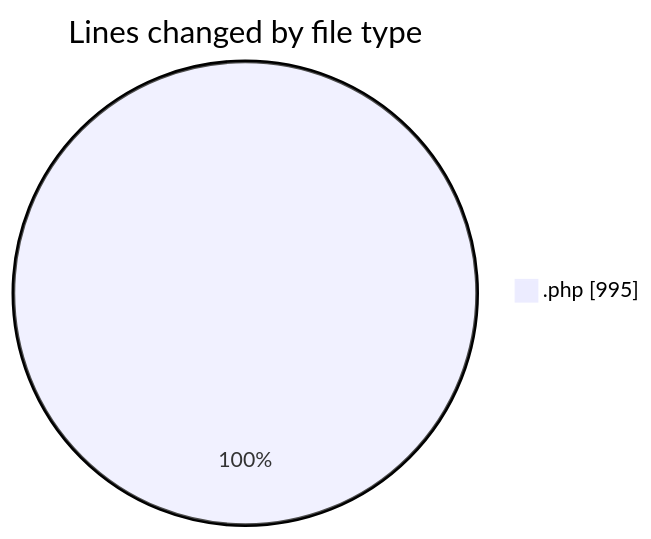
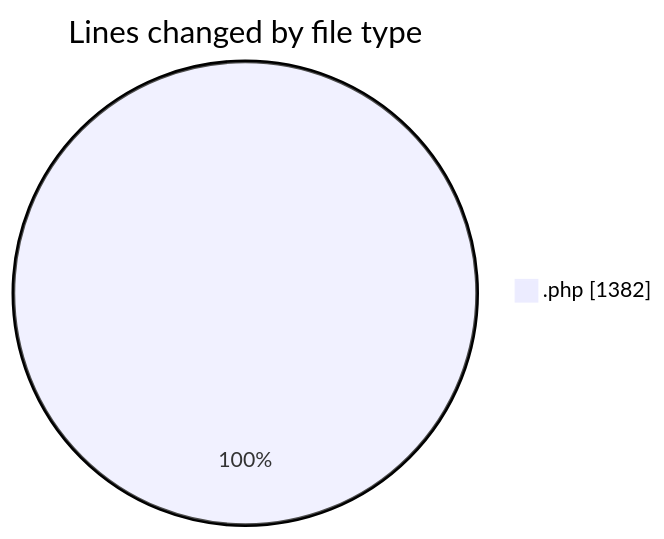
Before and after one commit to vahidmafi/code-tracking: the first of 2 diagrams in 2025-04-17/zeytoon/README.md, drawn with Mermaid. The commit also changed other lines of this file and 1 other file, not shown here.

````diff
--- a/2025-04-17/zeytoon/README.md
+++ b/2025-04-17/zeytoon/README.md
@@ -21,5 +22,5 @@
 ```mermaid
 pie showData
 title Lines changed by file type
-".php" : 995
+".php" : 1382
 ```
````
